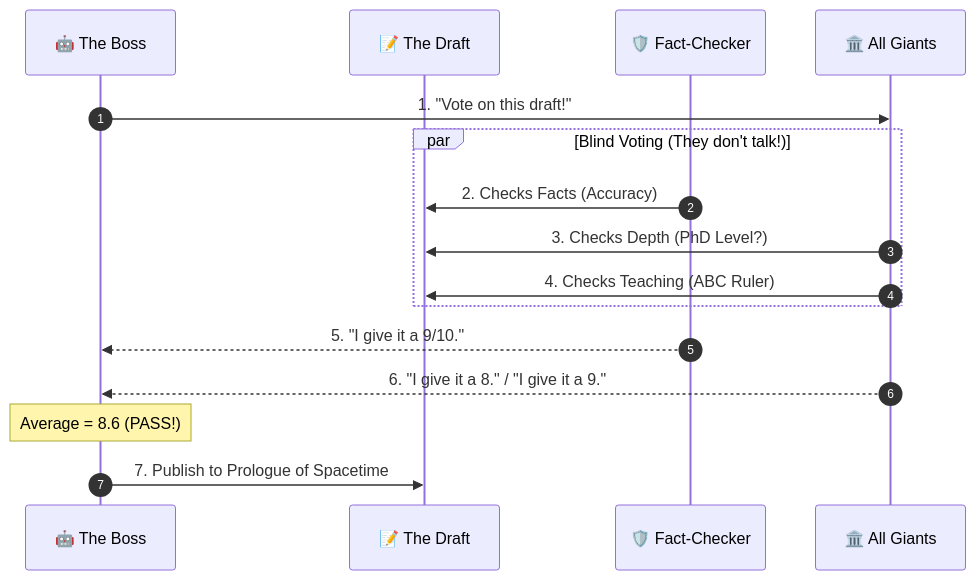
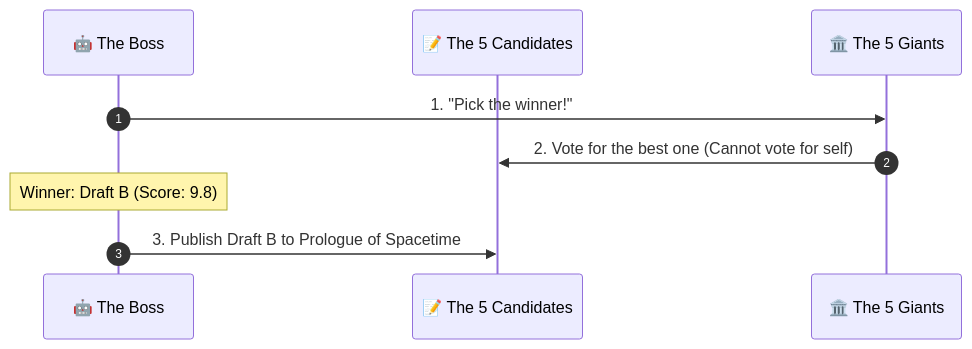
Before and after one commit to xlp0/PrologueOfSpacetime: the third of 4 diagrams in docs/workflows/README.md, drawn with Mermaid. The commit also changed other lines of this file and 3 other files, not shown here.

````diff
--- a/docs/workflows/README.md
+++ b/docs/workflows/README.md
@@ -109,23 +114,15 @@
 ```mermaid
 sequenceDiagram
     autonumber
     participant Boss as 🤖 The Boss
-    participant Draft as 📝 The Draft
-    participant Checker as 🛡️ Fact-Checker
-    participant All as 🏛️ All Giants
+    participant Drafts as 📝 The 5 Candidates
+    participant Team as 🏛️ The 5 Giants
 
-    Boss->>All: 1. "Vote on this draft!"
+    Boss->>Team: 1. "Pick the winner!"
     
-    par Blind Voting (They don't talk!)
-        Checker->>Draft: 2. Checks Facts (Accuracy)
-        All->>Draft: 3. Checks Depth (PhD Level?)
-        All->>Draft: 4. Checks Teaching (ABC Ruler)
-    end
+    Team->>Drafts: 2. Vote for the best one (Cannot vote for self)
     
-    Checker-->>Boss: 5. "I give it a 9/10."
-    All-->>Boss: 6. "I give it a 8." / "I give it a 9."
+    Note over Boss: Winner: Draft B (Score: 9.8)
     
-    Note over Boss: Average = 8.6 (PASS!)
-    
-    Boss->>Draft: 7. Publish to Prologue of Spacetime
+    Boss->>Drafts: 3. Publish Draft B to Prologue of Spacetime
 ```
````
